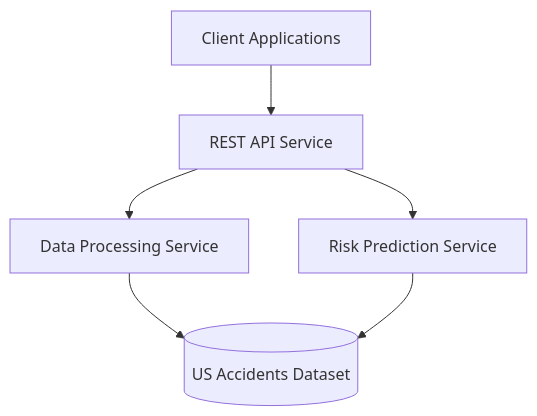
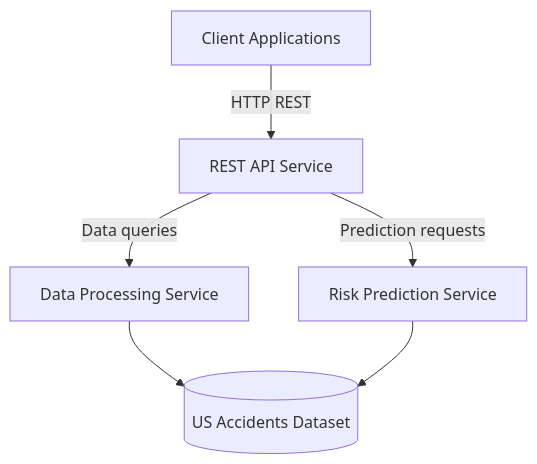
One commit to TiagomdsL/Rota-Maravilhosa changed the diagram in Computação_Em_Nuveml_Fase3.md. Above: the diagram before and after it, drawn with Mermaid.

Commit message:
diagram correction

````diff
--- a/Computação_Em_Nuveml_Fase3.md
+++ b/Computação_Em_Nuveml_Fase3.md
@@ -408,8 +408,18 @@
 ```mermaid
 graph TD
-    Client[Client Applications] --> API[REST API Service]
-    API --> Processing[Data Processing Service]
-    API --> Prediction[Risk Prediction Service]
-    Processing --> Dataset[(US Accidents Dataset)]
-    Prediction --> Dataset
+    Client[Client Applications]
+
+API[REST API Service]
+Processing[Data Processing Service]
+Prediction[Risk Prediction Service]
+
+Dataset[(US Accidents Dataset)]
+
+Client -->|HTTP REST| API
+
+API -->|Data queries| Processing
+API -->|Prediction requests| Prediction
+
+Processing --> Dataset
+Prediction --> Dataset
 ```
````
